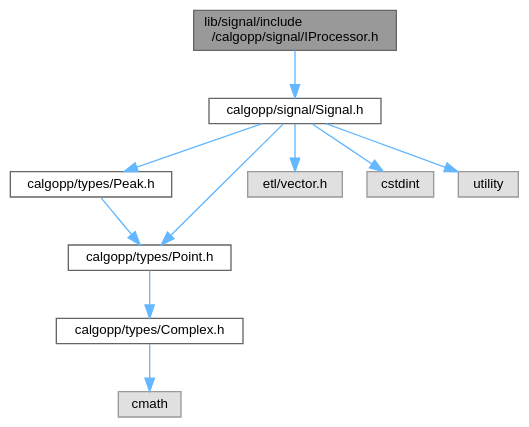
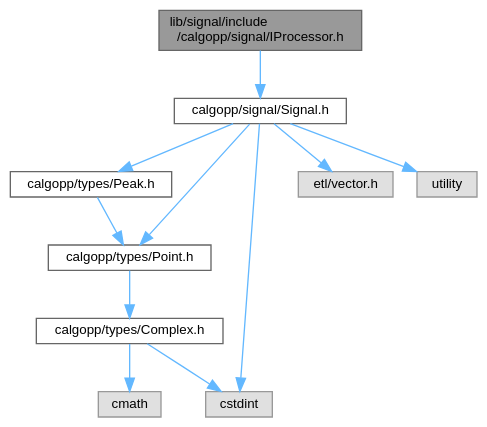
One commit to pawelekg95/algopp changed the diagram in IProcessor_8h__incl.dot. Above: the diagram before and after it, drawn with Graphviz. The commit also changed 45 other files, not shown here.

```diff
--- a/IProcessor_8h__incl.dot
+++ b/IProcessor_8h__incl.dot
@@ -1,25 +1,26 @@
 digraph "lib/signal/include/calgopp/signal/IProcessor.h"
 {
  // LATEX_PDF_SIZE
   bgcolor="transparent";
   edge [fontname=Helvetica,fontsize=10,labelfontname=Helvetica,labelfontsize=10];
   node [fontname=Helvetica,fontsize=10,shape=box,height=0.2,width=0.4];
   Node1 [label="lib/signal/include\l/calgopp/signal/IProcessor.h",height=0.2,width=0.4,color="gray40", fillcolor="grey60", style="filled", fontcolor="black",tooltip=" "];
   Node1 -> Node2 [color="steelblue1",style="solid"];
   Node2 [label="calgopp/signal/Signal.h",height=0.2,width=0.4,color="grey40", fillcolor="white", style="filled",URL="$Signal_8h.html",tooltip=" "];
   Node2 -> Node3 [color="steelblue1",style="solid"];
   Node3 [label="calgopp/types/Peak.h",height=0.2,width=0.4,color="grey40", fillcolor="white", style="filled",URL="$Peak_8h.html",tooltip=" "];
   Node3 -> Node4 [color="steelblue1",style="solid"];
   Node4 [label="calgopp/types/Point.h",height=0.2,width=0.4,color="grey40", fillcolor="white", style="filled",URL="$Point_8h.html",tooltip=" "];
   Node4 -> Node5 [color="steelblue1",style="solid"];
   Node5 [label="calgopp/types/Complex.h",height=0.2,width=0.4,color="grey40", fillcolor="white", style="filled",URL="$Complex_8h.html",tooltip=" "];
   Node5 -> Node6 [color="steelblue1",style="solid"];
   Node6 [label="cmath",height=0.2,width=0.4,color="grey60", fillcolor="#E0E0E0", style="filled",tooltip=" "];
+  Node5 -> Node7 [color="steelblue1",style="solid"];
+  Node7 [label="cstdint",height=0.2,width=0.4,color="grey60", fillcolor="#E0E0E0", style="filled",tooltip=" "];
   Node2 -> Node4 [color="steelblue1",style="solid"];
+  Node2 -> Node8 [color="steelblue1",style="solid"];
+  Node8 [label="etl/vector.h",height=0.2,width=0.4,color="grey60", fillcolor="#E0E0E0", style="filled",tooltip=" "];
   Node2 -> Node7 [color="steelblue1",style="solid"];
-  Node7 [label="etl/vector.h",height=0.2,width=0.4,color="grey60", fillcolor="#E0E0E0", style="filled",tooltip=" "];
-  Node2 -> Node8 [color="steelblue1",style="solid"];
-  Node8 [label="cstdint",height=0.2,width=0.4,color="grey60", fillcolor="#E0E0E0", style="filled",tooltip=" "];
   Node2 -> Node9 [color="steelblue1",style="solid"];
   Node9 [label="utility",height=0.2,width=0.4,color="grey60", fillcolor="#E0E0E0", style="filled",tooltip=" "];
 }
```
